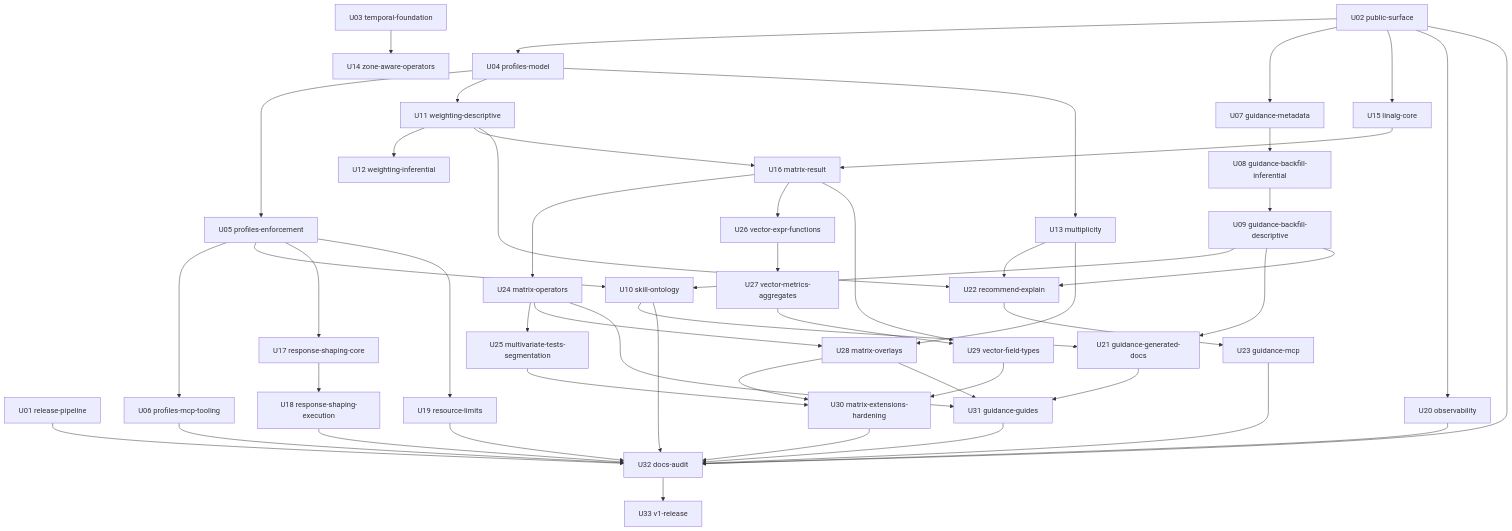
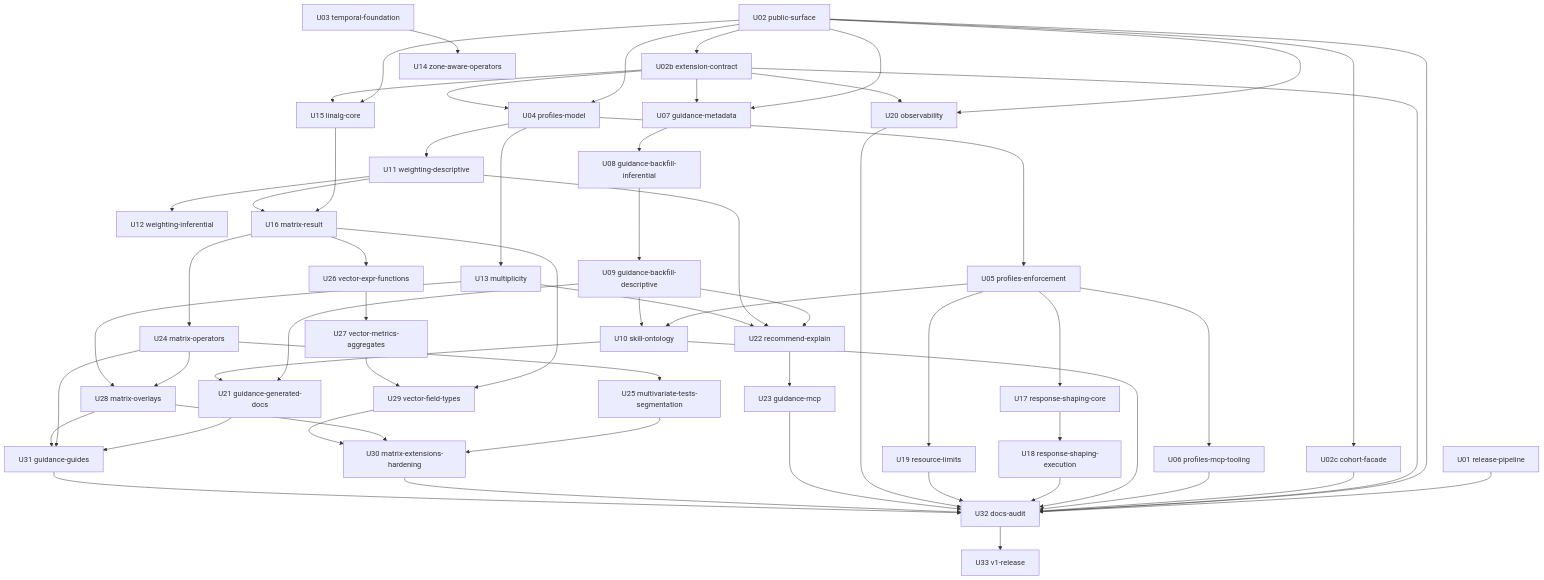
One commit to frankbardon/pulse changed the diagram in docs/roadmap/units/README.md. Above: the diagram before and after it, drawn with Mermaid. The commit also changed other lines of this file and 7 other files, not shown here.

First line of the commit message:
docs(v1-public-surface/E2-S2): sync TODO, units index and dependency graph for the U02 split

```diff
--- a/docs/roadmap/units/README.md
+++ b/docs/roadmap/units/README.md
@@ -75,6 +77,8 @@
 graph TD
   U01["U01 release-pipeline"]
   U02["U02 public-surface"]
+  U02b["U02b extension-contract"]
+  U02c["U02c cohort-facade"]
   U03["U03 temporal-foundation"]
   U04["U04 profiles-model"]
   U05["U05 profiles-enforcement"]
@@ -106,10 +110,14 @@
   U31["U31 guidance-guides"]
   U32["U32 docs-audit"]
   U33["U33 v1-release"]
+  U02 --> U02b
+  U02 --> U02c
   U02 --> U04
+  U02b --> U04
   U04 --> U05
   U05 --> U06
   U02 --> U07
+  U02b --> U07
   U07 --> U08
   U08 --> U09
   U05 --> U10
@@ -119,12 +127,14 @@
   U04 --> U13
   U03 --> U14
   U02 --> U15
+  U02b --> U15
   U15 --> U16
   U11 --> U16
   U05 --> U17
   U17 --> U18
   U05 --> U19
   U02 --> U20
+  U02b --> U20
   U09 --> U21
   U10 --> U21
   U09 --> U22
@@ -147,6 +157,8 @@
   U28 --> U31
   U01 --> U32
   U02 --> U32
+  U02b --> U32
+  U02c --> U32
   U06 --> U32
   U10 --> U32
   U18 --> U32
```
